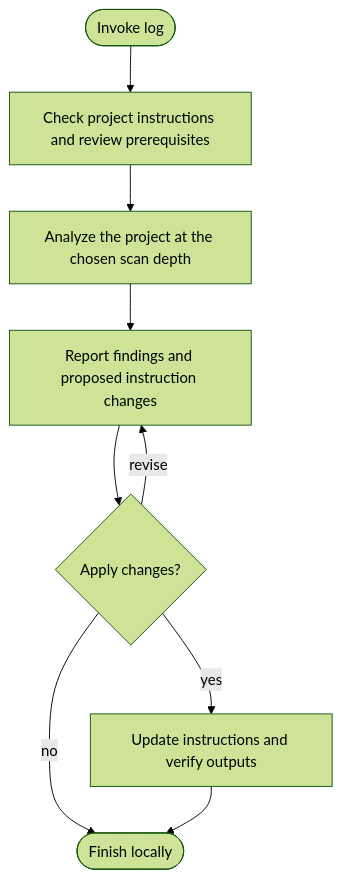
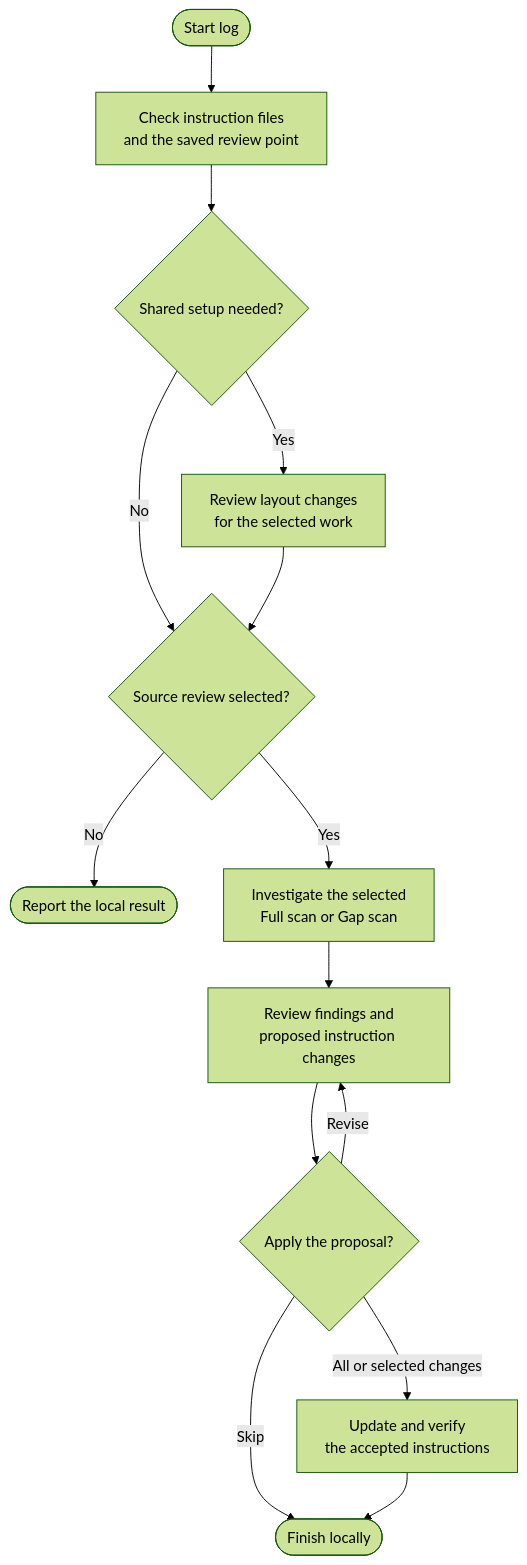
The diagram in docs/commands/log.md (myowinthein/agent-helm), drawn with Mermaid (forest theme) before and after one commit. The commit also changed other lines of this file and 34 other files, not shown here.

````diff
--- a/docs/commands/log.md
+++ b/docs/commands/log.md
@@ -29,11 +23,16 @@
 ```mermaid
 flowchart TD
-  Start([Invoke log]) --> Inspect[Check project instructions and review prerequisites]
-  Inspect --> Analyze[Analyze the project at the chosen scan depth]
-  Analyze --> Review[Report findings and proposed instruction changes]
-  Review --> Decision{Apply changes?}
-  Decision -->|yes| Apply[Update instructions and verify outputs]
-  Decision -->|revise| Review
-  Decision -->|no| Finish([Finish locally])
-  Apply --> Finish
+  Start(["Start log"]) --> Inspect["Check instruction files<br/>and the saved review point"]
+  Inspect --> Layout{"Shared setup needed?"}
+  Layout -->|Yes| Connect["Review layout changes<br/>for the selected work"]
+  Layout -->|No| Scope{"Source review selected?"}
+  Connect --> Scope
+  Scope -->|No| Current(["Report the local result"])
+  Scope -->|Yes| Scan["Investigate the selected<br/>Full scan or Gap scan"]
+  Scan --> Review["Review findings and<br/>proposed instruction changes"]
+  Review --> Choice{"Apply the proposal?"}
+  Choice -->|Revise| Review
+  Choice -->|Skip| Finish(["Finish locally"])
+  Choice -->|All or selected changes| Write["Update and verify<br/>the accepted instructions"]
+  Write --> Finish
 ```
````
